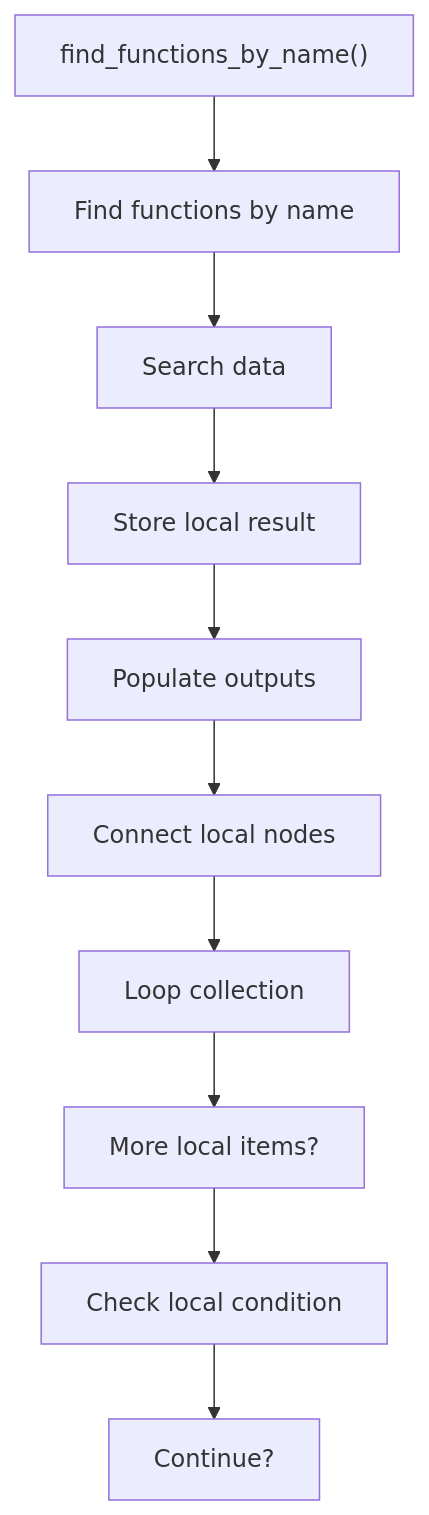
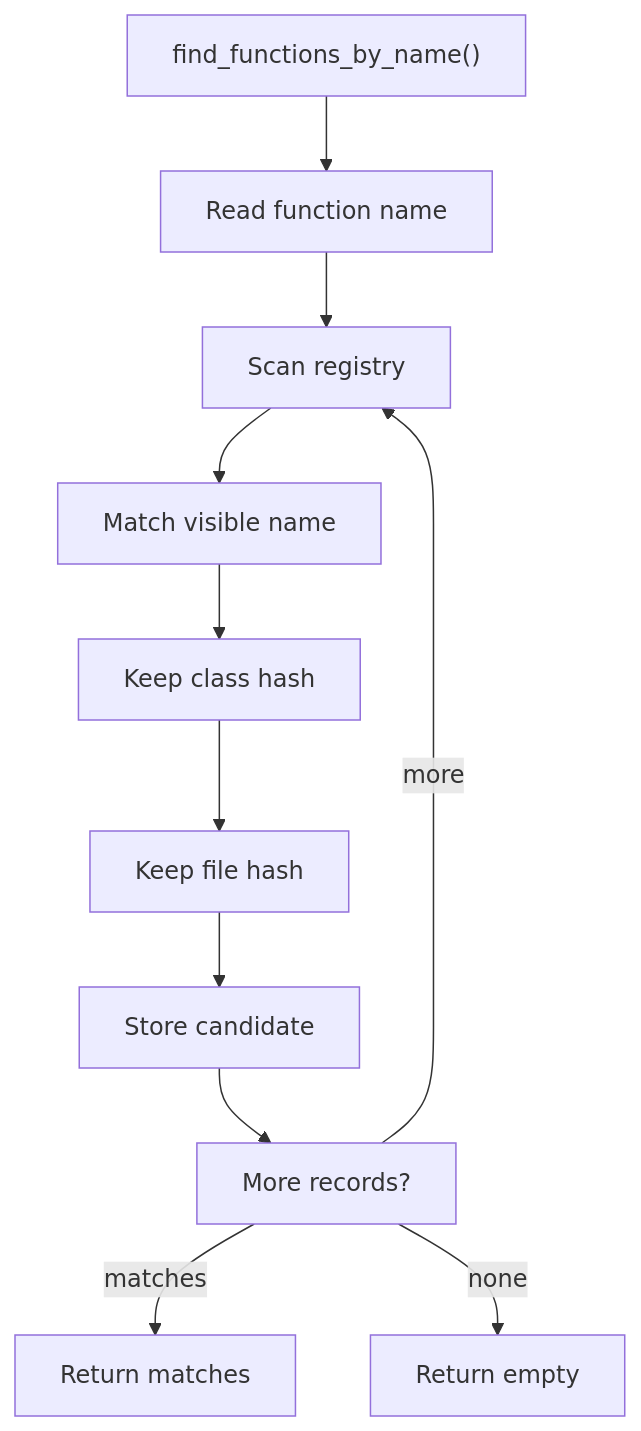
One commit to JohnAndrewBalbarosa/NeoTerritory changed the first of 2 diagrams in docs/Codebase/Microservice/Modules/Source/Analysis/ImplementationUse/Resolution/Symbols/Query/Flow/functions/find_functions_by_name.cpp.md. Above: the diagram before and after it, drawn with Mermaid. The commit also changed other lines of this file and 147 other files, not shown here.

````diff
--- a/docs/Codebase/Microservice/Modules/Source/Analysis/ImplementationUse/Resolution/Symbols/Query/Flow/functions/find_functions_by_name.cpp.md
+++ b/docs/Codebase/Microservice/Modules/Source/Analysis/ImplementationUse/Resolution/Symbols/Query/Flow/functions/find_functions_by_name.cpp.md
@@ -28,22 +36,23 @@
 ```mermaid
 flowchart TD
     N0["find_functions_by_name()"]
-    N1["Find functions by name"]
-    N2["Search data"]
-    N3["Store local result"]
-    N4["Populate outputs"]
-    N5["Connect local nodes"]
-    N6["Loop collection"]
-    N7["More local items?"]
-    N8["Check local condition"]
-    N9["Continue?"]
+    N1["Read function name"]
+    N2["Scan registry"]
+    N3["Match visible name"]
+    N4["Keep class hash"]
+    N5["Keep file hash"]
+    N6["Store candidate"]
+    N7["More records?"]
+    N8["Return matches"]
+    N9["Return empty"]
     N0 --> N1
     N1 --> N2
     N2 --> N3
     N3 --> N4
     N4 --> N5
     N5 --> N6
     N6 --> N7
-    N7 --> N8
-    N8 --> N9
+    N7 -->|more| N2
+    N7 -->|matches| N8
+    N7 -->|none| N9
 ```
````
